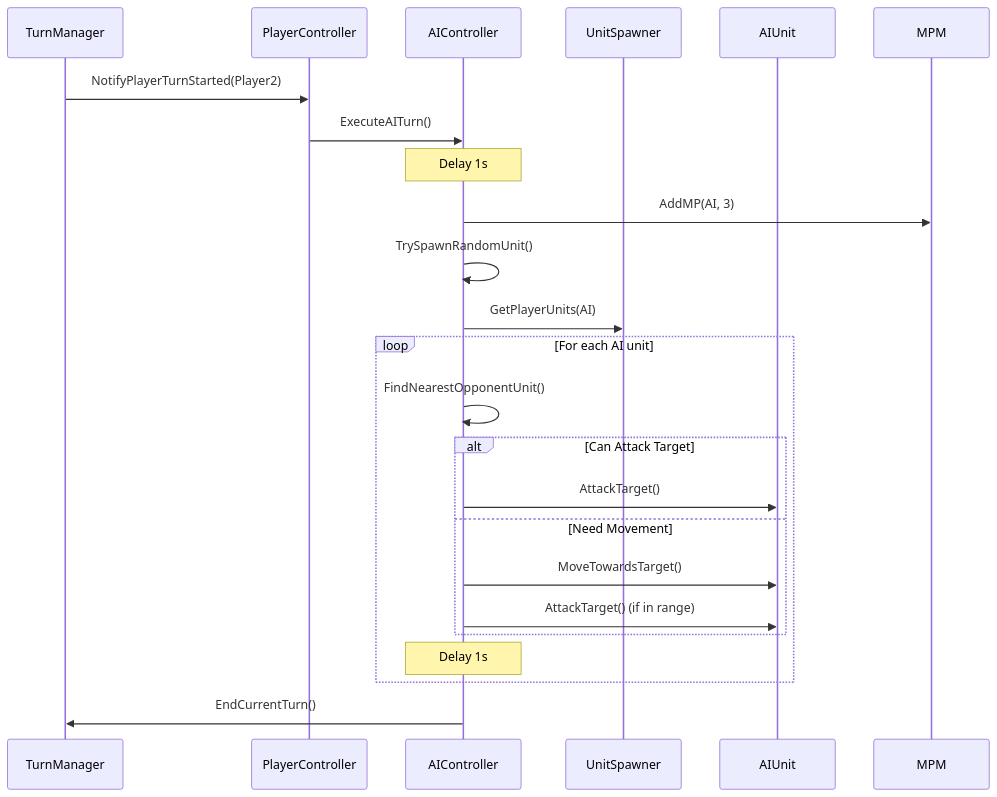
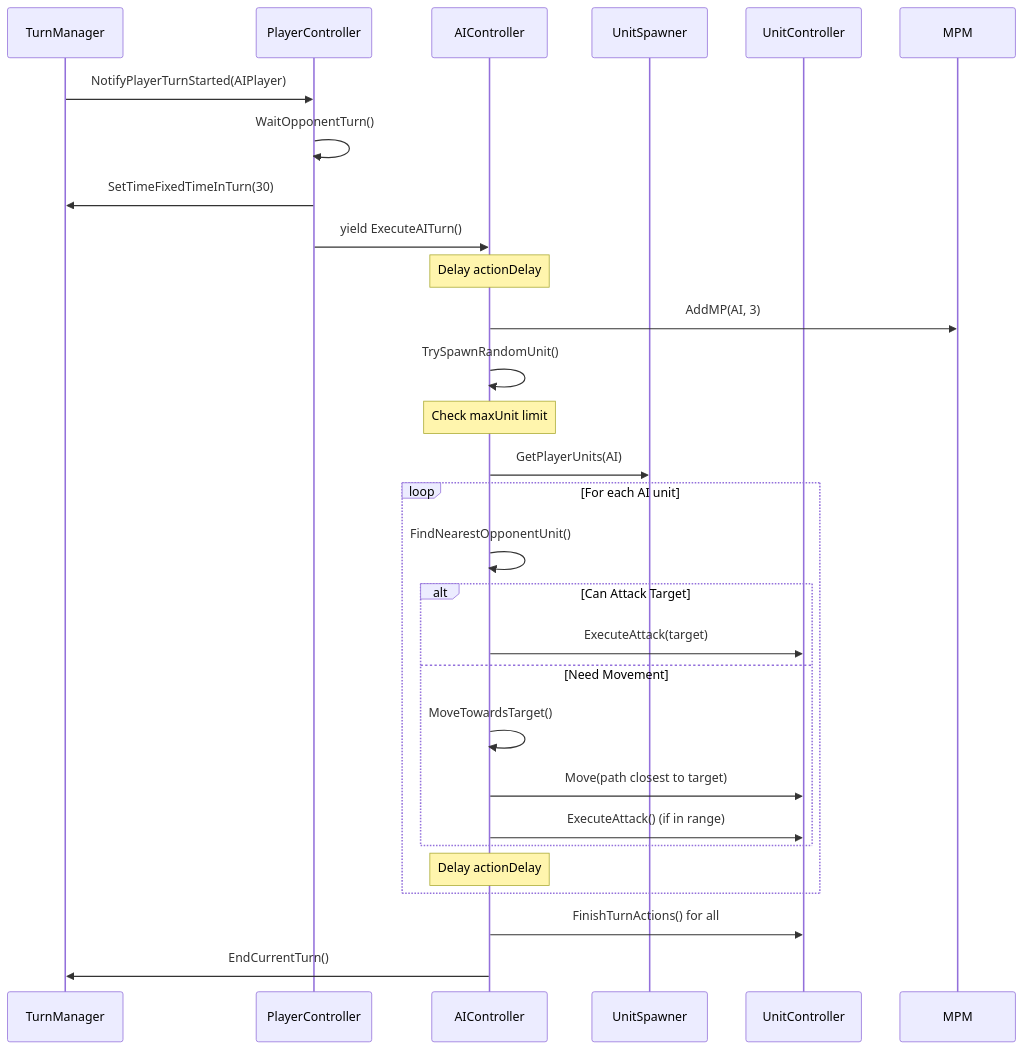
The sixth of 8 diagrams in Assets/Docs/Systems docs/Core_Gameloop_System.md (manhtruong594/turnbased_2025), drawn with Mermaid before and after one commit. The commit also changed other lines of this file and 74 other files, not shown here.

````diff
--- a/Assets/Docs/Systems docs/Core_Gameloop_System.md
+++ b/Assets/Docs/Systems docs/Core_Gameloop_System.md
@@ -416,29 +522,34 @@
 ```mermaid
 sequenceDiagram
     participant TM as TurnManager
     participant PC as PlayerController
     participant AI as AIController
     participant US as UnitSpawner
-    participant Unit as AIUnit
+    participant Unit as UnitController
     
-    TM->>PC: NotifyPlayerTurnStarted(Player2)
-    PC->>AI: ExecuteAITurn()
+    TM->>PC: NotifyPlayerTurnStarted(AIPlayer)
+    PC->>PC: WaitOpponentTurn()
+    PC->>TM: SetTimeFixedTimeInTurn(30)
+    PC->>AI: yield ExecuteAITurn()
     
-    Note over AI: Delay 1s
+    Note over AI: Delay actionDelay
     AI->>MPM: AddMP(AI, 3)
     AI->>AI: TrySpawnRandomUnit()
+    Note over AI: Check maxUnit limit
     
     AI->>US: GetPlayerUnits(AI)
     loop For each AI unit
         AI->>AI: FindNearestOpponentUnit()
         alt Can Attack Target
-            AI->>Unit: AttackTarget()
+            AI->>Unit: ExecuteAttack(target)
         else Need Movement
-            AI->>Unit: MoveTowardsTarget()
-            AI->>Unit: AttackTarget() (if in range)
+            AI->>AI: MoveTowardsTarget()
+            AI->>Unit: Move(path closest to target)
+            AI->>Unit: ExecuteAttack() (if in range)
         end
-        Note over AI: Delay 1s
+        Note over AI: Delay actionDelay
     end
     
+    AI->>Unit: FinishTurnActions() for all
     AI->>TM: EndCurrentTurn()
 ```
````
